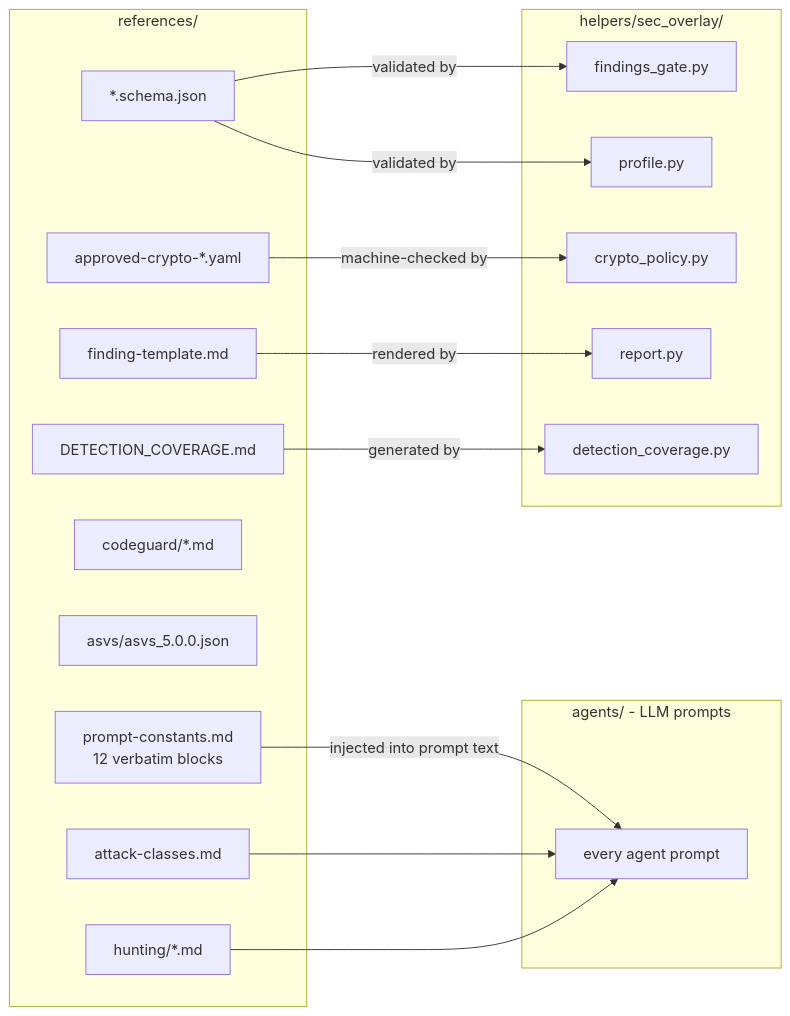
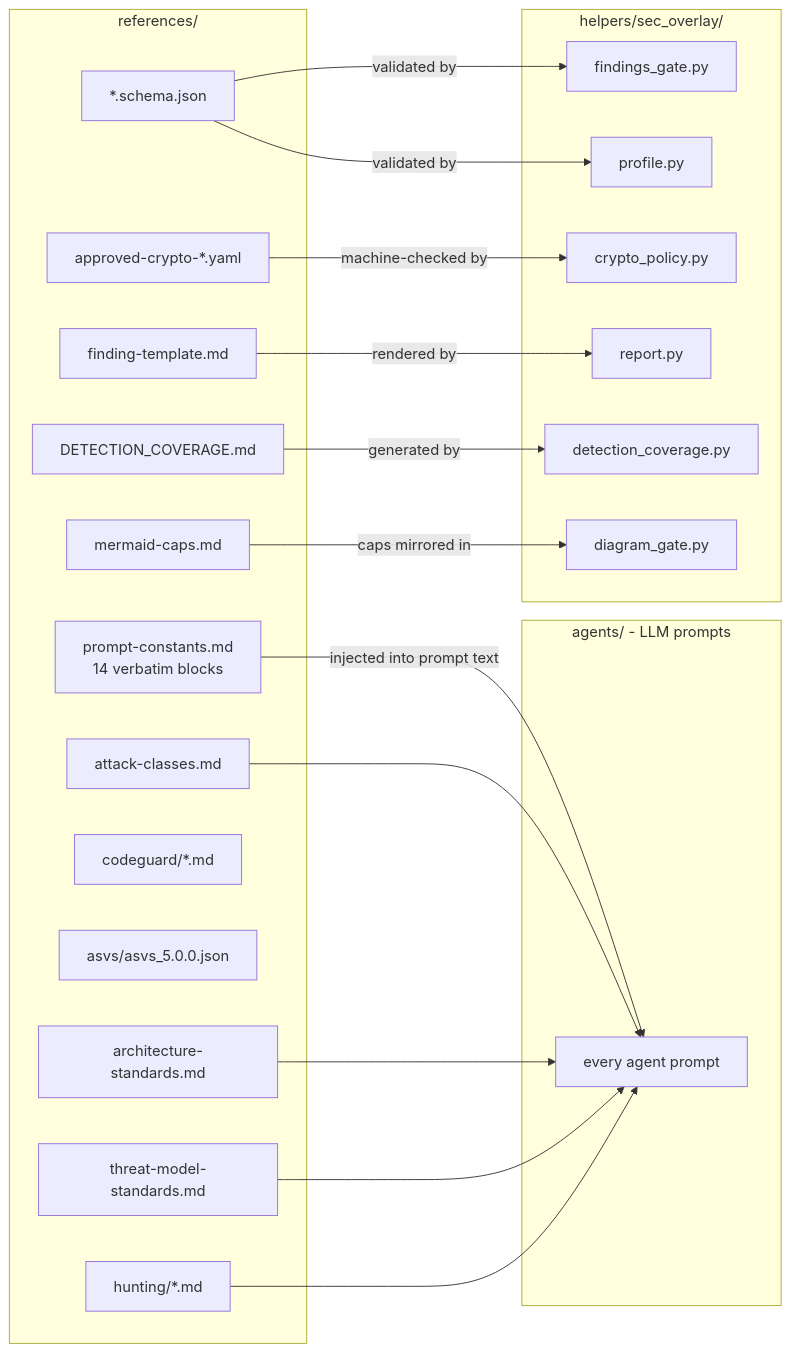
The first of 2 diagrams in openwiki/plugins/sec-overlay/references.md (cjbischoff/cjbischoff-claude-code-tools), drawn with Mermaid before and after one commit. The commit also changed other lines of this file and 17 other files, not shown here.

````diff
--- a/openwiki/plugins/sec-overlay/references.md
+++ b/openwiki/plugins/sec-overlay/references.md
@@ -27,32 +27,39 @@
 ```mermaid
 flowchart LR
     subgraph REF["references/"]
-        PC["prompt-constants.md<br/>12 verbatim blocks"]
+        PC["prompt-constants.md<br/>14 verbatim blocks"]
         AC["attack-classes.md"]
+        ARCH["architecture-standards.md"]
+        TMS["threat-model-standards.md"]
+        MC["mermaid-caps.md"]
         FT["finding-template.md"]
         HUNT["hunting/*.md"]
         CG["codeguard/*.md"]
         ASVS["asvs/asvs_5.0.0.json"]
         CRYPTO["approved-crypto-*.yaml"]
         SCHEMA["*.schema.json"]
         DC["DETECTION_COVERAGE.md"]
     end
     subgraph AGENTS["agents/ - LLM prompts"]
         A["every agent prompt"]
     end
     subgraph HELPERS["helpers/sec_overlay/"]
         FG["findings_gate.py"]
         PROF["profile.py"]
         CP["crypto_policy.py"]
         REP["report.py"]
         DCPY["detection_coverage.py"]
+        DGATE["diagram_gate.py"]
     end
     PC -->|injected into prompt text| A
     AC --> A
+    ARCH --> A
+    TMS --> A
+    MC -->|caps mirrored in| DGATE
     HUNT --> A
     FT -->|rendered by| REP
     SCHEMA -->|validated by| FG
     SCHEMA -->|validated by| PROF
     CRYPTO -->|machine-checked by| CP
     DC -->|generated by| DCPY
 ```
````
